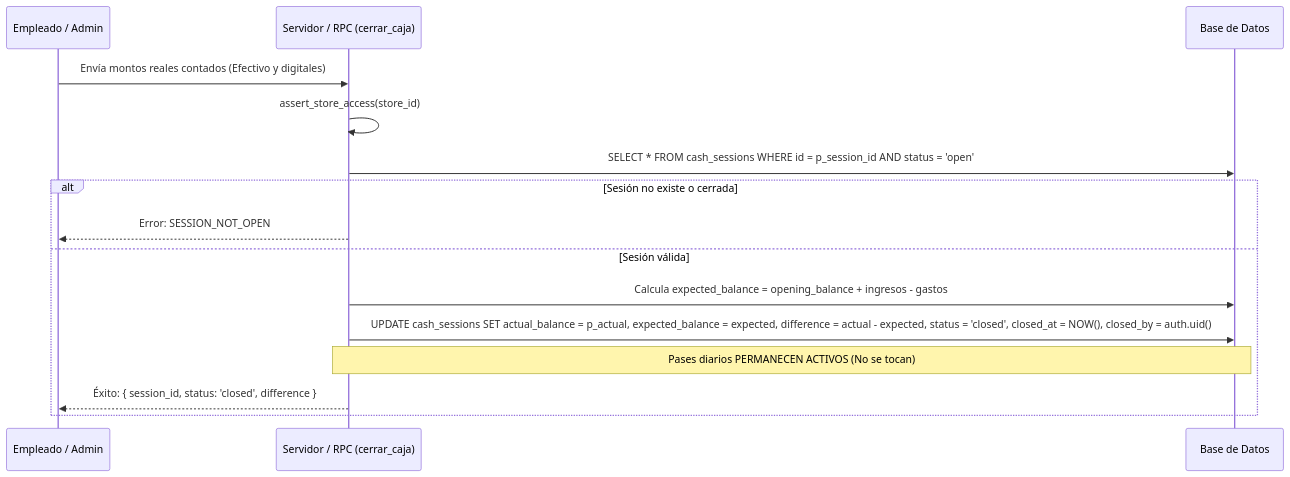
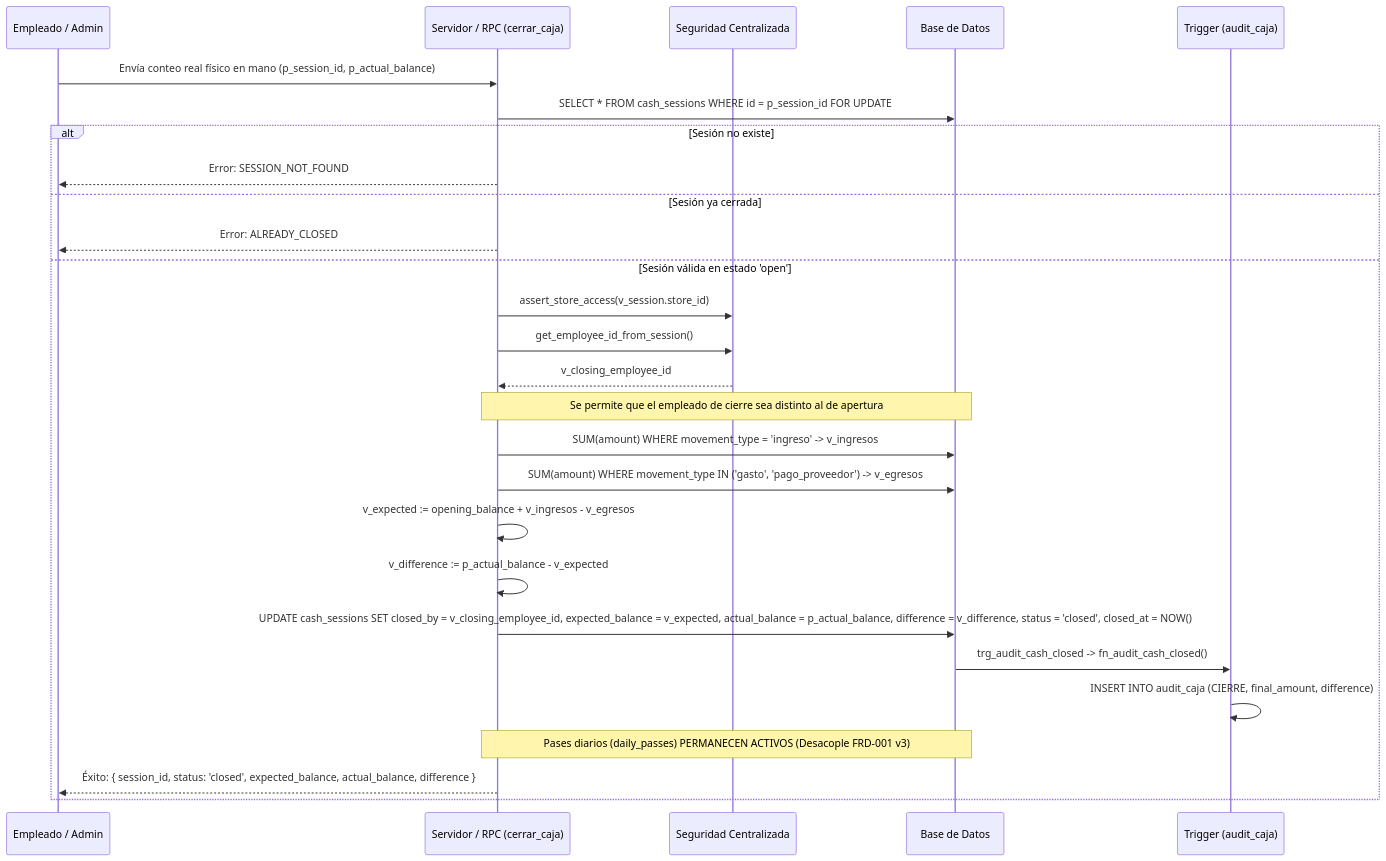
One commit to YamirJCF/tienda-barrio-pro changed the second of 6 diagrams in documentation/01_requirements/SDD/SDD_004_CONTROL_DE_CAJA.md. Above: the diagram before and after it, drawn with Mermaid. The commit also changed other lines of this file, not shown here.

````diff
--- a/documentation/01_requirements/SDD/SDD_004_CONTROL_DE_CAJA.md
+++ b/documentation/01_requirements/SDD/SDD_004_CONTROL_DE_CAJA.md
@@ -85,18 +102,30 @@
 ```mermaid
 sequenceDiagram
     participant U as Empleado / Admin
     participant S as Servidor / RPC (cerrar_caja)
+    participant SEC as Seguridad Centralizada
     participant DB as Base de Datos
+    participant AUD as Trigger (audit_caja)
 
-    U->>S: Envía montos reales contados (Efectivo y digitales)
-    S->>S: assert_store_access(store_id)
-    S->>DB: SELECT * FROM cash_sessions WHERE id = p_session_id AND status = 'open'
-    alt Sesión no existe o cerrada
-        S-->>U: Error: SESSION_NOT_OPEN
-    else Sesión válida
-        S->>DB: Calcula expected_balance = opening_balance + ingresos - gastos
-        S->>DB: UPDATE cash_sessions SET actual_balance = p_actual, expected_balance = expected, difference = actual - expected, status = 'closed', closed_at = NOW(), closed_by = auth.uid()
-        Note over S,DB: Pases diarios PERMANECEN ACTIVOS (No se tocan)
-        S-->>U: Éxito: { session_id, status: 'closed', difference }
+    U->>S: Envía conteo real físico en mano (p_session_id, p_actual_balance)
+    S->>DB: SELECT * FROM cash_sessions WHERE id = p_session_id FOR UPDATE
+    alt Sesión no existe
+        S-->>U: Error: SESSION_NOT_FOUND
+    else Sesión ya cerrada
+        S-->>U: Error: ALREADY_CLOSED
+    else Sesión válida en estado 'open'
+        S->>SEC: assert_store_access(v_session.store_id)
+        S->>SEC: get_employee_id_from_session()
+        SEC-->>S: v_closing_employee_id
+        Note over S,DB: Se permite que el empleado de cierre sea distinto al de apertura
+        S->>DB: SUM(amount) WHERE movement_type = 'ingreso' -> v_ingresos
+        S->>DB: SUM(amount) WHERE movement_type IN ('gasto', 'pago_proveedor') -> v_egresos
+        S->>S: v_expected := opening_balance + v_ingresos - v_egresos
+        S->>S: v_difference := p_actual_balance - v_expected
+        S->>DB: UPDATE cash_sessions SET closed_by = v_closing_employee_id, expected_balance = v_expected, actual_balance = p_actual_balance, difference = v_difference, status = 'closed', closed_at = NOW()
+        DB->>AUD: trg_audit_cash_closed -> fn_audit_cash_closed()
+        AUD->>AUD: INSERT INTO audit_caja (CIERRE, final_amount, difference)
+        Note over S,DB: Pases diarios (daily_passes) PERMANECEN ACTIVOS (Desacople FRD-001 v3)
+        S-->>U: Éxito: { session_id, status: 'closed', expected_balance, actual_balance, difference }
     end
 ```
````
